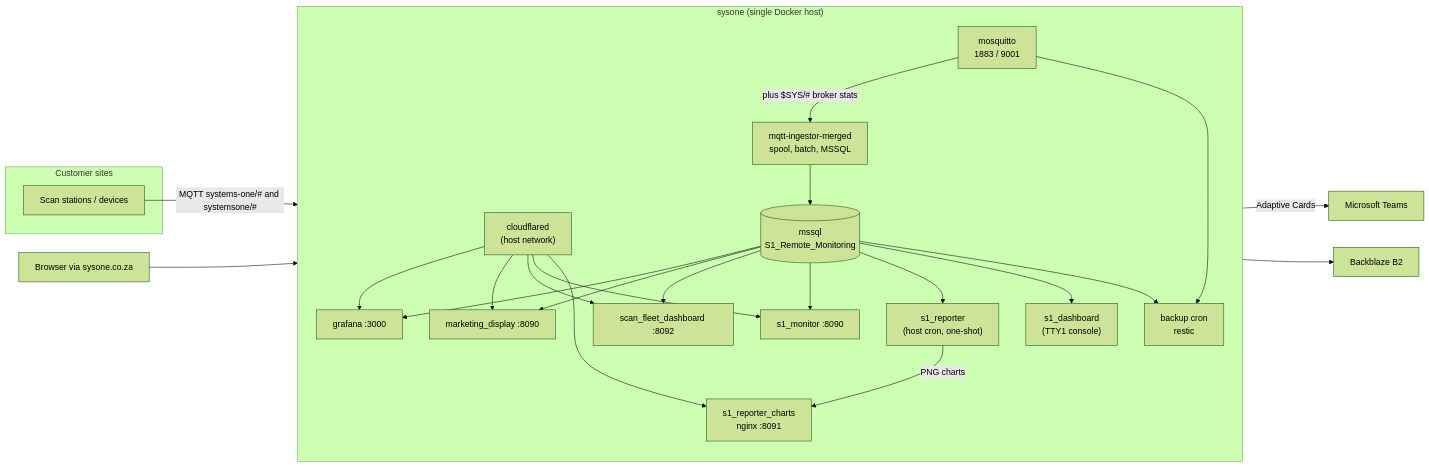
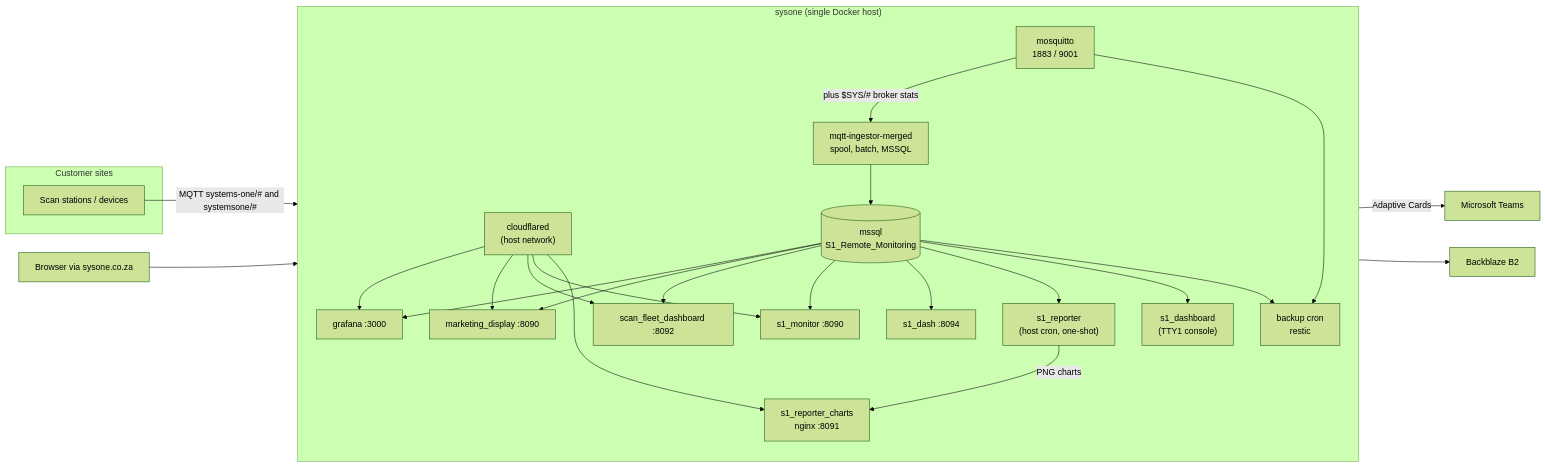
The diagram in README.md (Systems-One/Systems-One-Server), drawn with Mermaid (forest theme) before and after one commit. The commit also changed other lines of this file and 1 other file, not shown here.

Commit message:
docs(s1_dash): README services, ports, diagram and vault variables

````diff
--- a/README.md
+++ b/README.md
@@ -29,47 +29,49 @@
 ```mermaid
 flowchart LR
     subgraph sites["Customer sites"]
         dev["Scan stations / devices"]
     end
 
     subgraph host["sysone (single Docker host)"]
         direction TB
         cf["cloudflared<br/>(host network)"]
         mq["mosquitto<br/>1883 / 9001"]
         ing["mqtt-ingestor-merged<br/>spool, batch, MSSQL"]
         db[("mssql<br/>S1_Remote_Monitoring")]
         gf["grafana :3000"]
         md["marketing_display :8090"]
         sfd["scan_fleet_dashboard :8092"]
         mon["s1_monitor :8090"]
+        dash["s1_dash :8094"]
         rep["s1_reporter<br/>(host cron, one-shot)"]
         charts["s1_reporter_charts<br/>nginx :8091"]
         tty["s1_dashboard<br/>(TTY1 console)"]
         bk["backup cron<br/>restic"]
     end
 
     teams["Microsoft Teams"]
     b2["Backblaze B2"]
     web["Browser via sysone.co.za"]
 
     dev -- "MQTT systems-one/# and systemsone/#" --> mq
     mq -- "plus $SYS/# broker stats" --> ing
     ing --> db
     db --> gf
     db --> md
     db --> sfd
     db --> mon
+    db --> dash
     db --> rep
     rep -- "Adaptive Cards" --> teams
     rep -- "PNG charts" --> charts
     db --> tty
     db --> bk
     mq --> bk
     bk --> b2
     web --> cf
     cf --> gf
     cf --> md
     cf --> sfd
     cf --> mon
     cf --> charts
 ```
````
